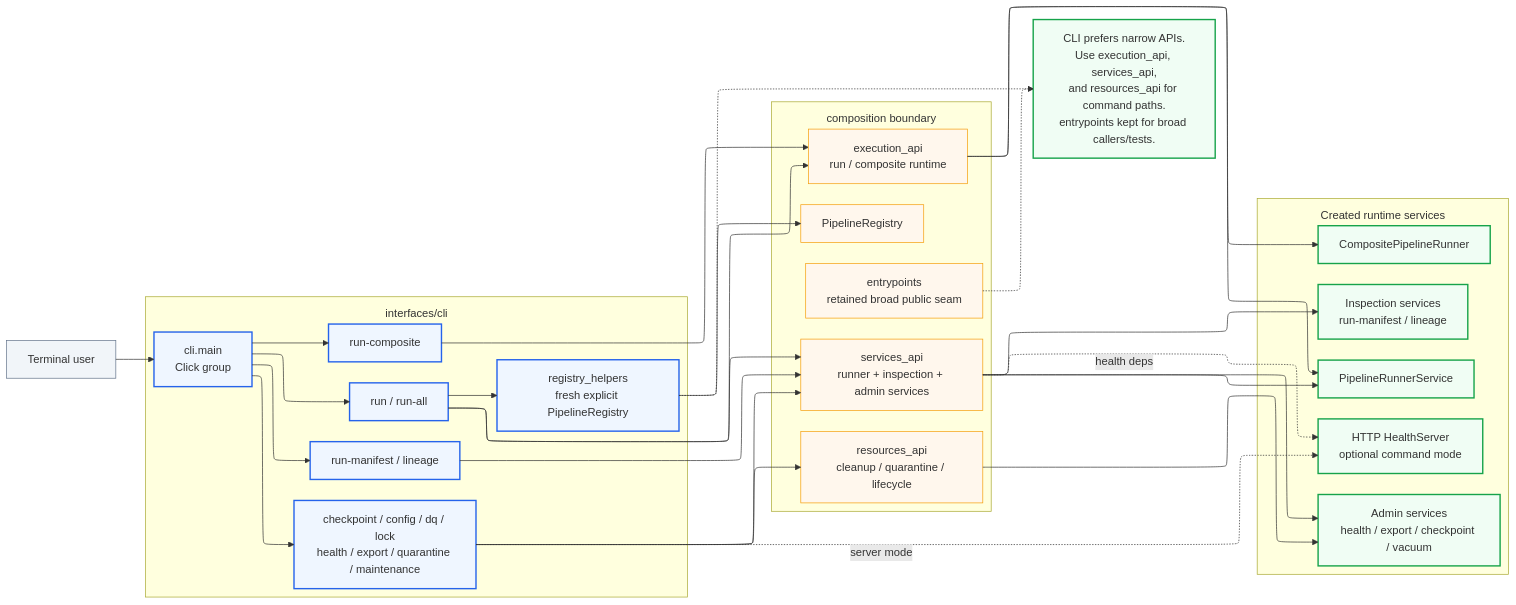
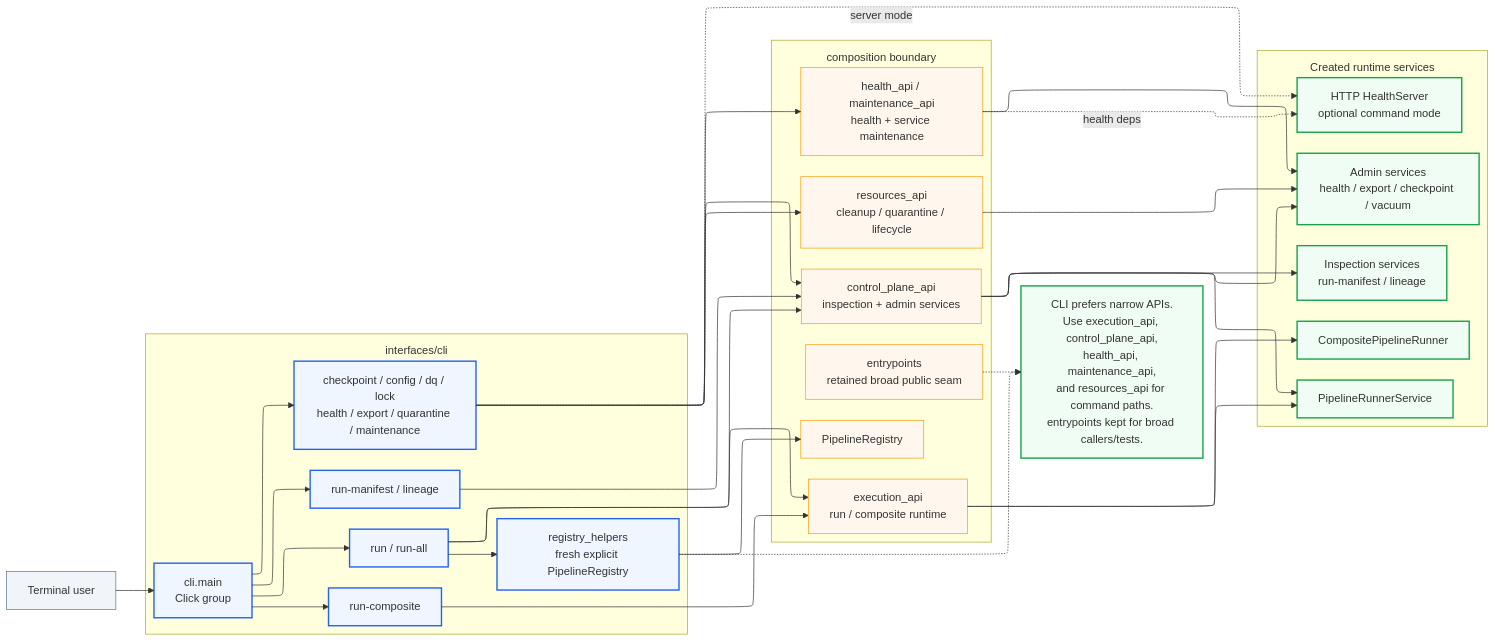
One commit to SatoryKono/BioactivityDataAcquisition changed the diagram in docs/02-architecture/diagrams/architecture/14-cli-interface-layer.mmd. Above: the diagram before and after it, drawn with Mermaid. The commit also changed 92 other files, not shown here.

First line of the commit message:
Update architecture docs, diagrams, and governance

```diff
--- a/docs/02-architecture/diagrams/architecture/14-cli-interface-layer.mmd
+++ b/docs/02-architecture/diagrams/architecture/14-cli-interface-layer.mmd
@@ -1,86 +1,89 @@
 %% BioETL — CLI / Interface Layer
 %% Shows current CLI routing through registry helpers, narrow composition APIs, and inspection/admin services.
 
 %% @version 1.3.0
 %% @date    2026-03-28
 %% @type    flowchart
 %% @level   System / Component
 %% @nodes   18
 %% @reference  Decomposed into 14a-cli-commands, 14b-cli-routing
 
 %%{init: {
   'flowchart': {
     'subGraphTitleMargin': { 'top': 12, 'bottom': 12 }
   },
   'layout': 'elk',
   'elk': {
     'mergeEdges': true,
     'nodePlacementStrategy': 'BRANDES_KOEPF',
     'edgeRouting': 'ORTHOGONAL'
   }
 }}%%
 %% @uniform width=248 height=72 max_title_len=25 max_desc_lines=3
 graph LR
     TERM["Terminal user"]:::size-md
 
     subgraph CLI["interfaces/cli"]
         MAIN["cli.main<br/>Click group"]:::size-md
         REG["registry_helpers<br/>fresh explicit PipelineRegistry"]:::size-md
         RUN["run / run-all"]:::size-md
         RC["run-composite"]:::size-md
         INS["run-manifest / lineage"]:::size-md
         OPS["checkpoint / config / dq / lock<br/>health / export / quarantine / maintenance"]:::size-lg
     end
 
     subgraph Composition["composition boundary"]
         EXEC["execution_api<br/>run / composite runtime"]:::size-md
-        SVC["services_api<br/>runner + inspection + admin services"]:::size-md
+        CTRL["control_plane_api<br/>inspection + admin services"]:::size-md
+        HEALTH["health_api / maintenance_api<br/>health + service maintenance"]:::size-md
         RES["resources_api<br/>cleanup / quarantine / lifecycle"]:::size-md
         ENTRY["entrypoints<br/>retained broad public seam"]:::size-md
         PIPE["PipelineRegistry"]:::size-md
     end
 
     subgraph Runtime["Created runtime services"]
         PRUN["PipelineRunnerService"]:::size-md
         CRUN["CompositePipelineRunner"]:::size-md
         ISVC["Inspection services<br/>run-manifest / lineage"]:::size-md
         ASVC["Admin services<br/>health / export / checkpoint / vacuum"]:::size-md
         HSRV["HTTP HealthServer<br/>optional command mode"]:::size-md
     end
 
     TERM --> MAIN
     MAIN --> RUN
     MAIN --> RC
     MAIN --> INS
     MAIN --> OPS
 
     RUN --> REG --> PIPE
     RUN --> EXEC
-    RUN --> SVC
+    RUN --> CTRL
     RC --> EXEC
-    INS --> SVC
-    OPS --> SVC
+    INS --> CTRL
+    OPS --> CTRL
+    OPS --> HEALTH
     OPS --> RES
 
     EXEC --> PRUN
     EXEC --> CRUN
-    SVC --> PRUN
-    SVC --> ISVC
-    SVC --> ASVC
+    CTRL --> PRUN
+    CTRL --> ISVC
+    CTRL --> ASVC
+    HEALTH --> ASVC
     RES --> ASVC
     OPS -.->|"server mode"| HSRV
-    SVC -.->|"health deps"| HSRV
+    HEALTH -.->|"health deps"| HSRV
 
-    NOTE["CLI prefers narrow APIs.<br/>Use execution_api, services_api,<br/>and resources_api for command paths.<br/>entrypoints kept for broad callers/tests."]:::size-md
+    NOTE["CLI prefers narrow APIs.<br/>Use execution_api, control_plane_api,<br/>health_api, maintenance_api,<br/>and resources_api for command paths.<br/>entrypoints kept for broad callers/tests."]:::size-md
     ENTRY -.-> NOTE
     REG -.-> NOTE
 
     classDef user fill:#f1f5f9,stroke:#64748b
     classDef cli fill:#eff6ff,stroke:#2563eb,stroke-width:2px
     classDef comp fill:#fff7ed,stroke:#f59e0b
     classDef app fill:#f0fdf4,stroke:#16a34a,stroke-width:2px
 
     class TERM user
     class MAIN,REG,RUN,RC,INS,OPS cli
-    class EXEC,SVC,RES,ENTRY,PIPE comp
+    class EXEC,CTRL,HEALTH,RES,ENTRY,PIPE comp
     class PRUN,CRUN,ISVC,ASVC,HSRV,NOTE app
```
